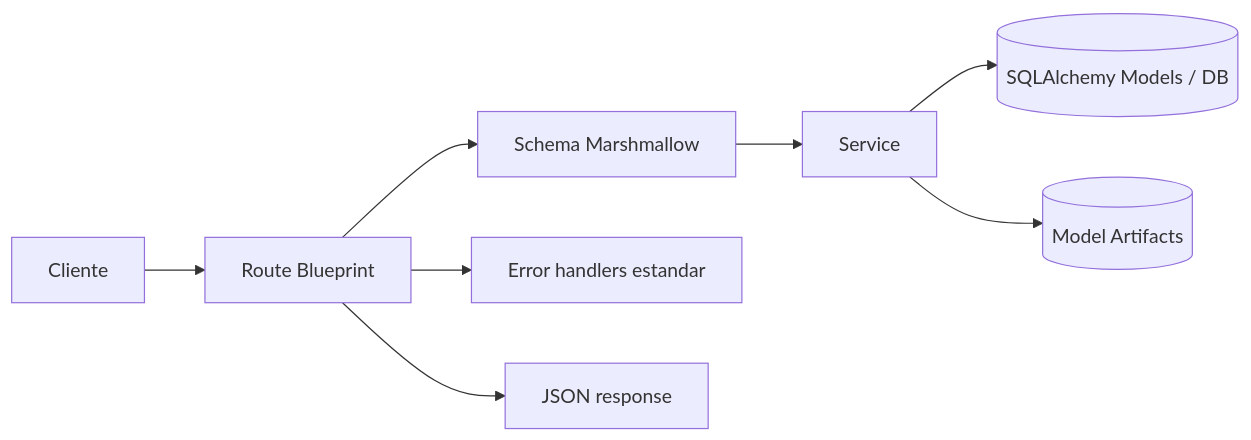
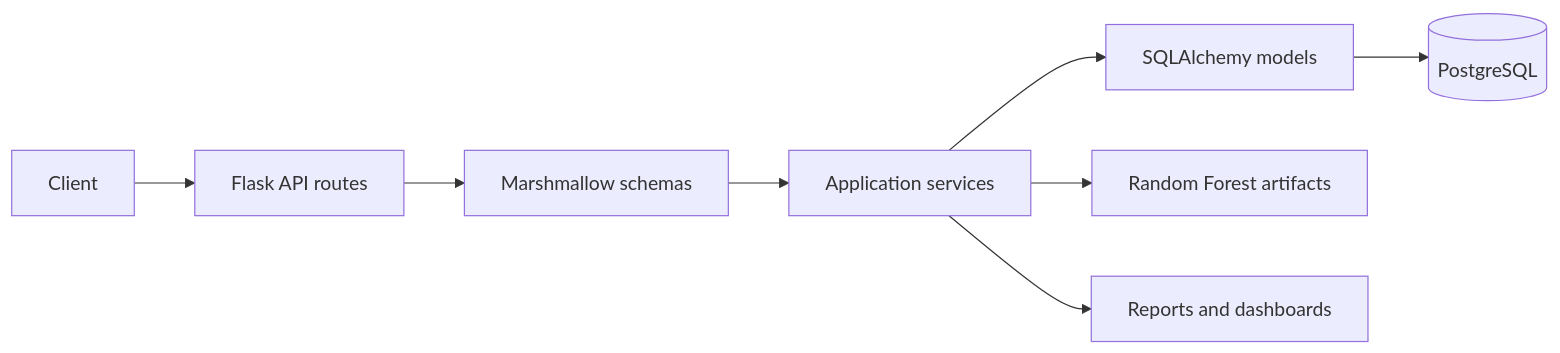
One commit to EndDark16/CognIA changed the diagram in README.md. Above: the diagram before and after it, drawn with Mermaid. The commit also changed other lines of this file and 1 other file, not shown here.

````diff
--- a/README.md
+++ b/README.md
@@ -134,10 +24,10 @@
 ```mermaid
 flowchart LR
-    C[Cliente] --> R[Route Blueprint]
-    R --> S[Schema Marshmallow]
-    S --> V[Service]
-    V --> M[(SQLAlchemy Models / DB)]
-    V --> A[(Model Artifacts)]
-    R --> E[Error handlers estandar]
-    R --> O[JSON response]
+    Client --> Routes[Flask API routes]
+    Routes --> Schemas[Marshmallow schemas]
+    Schemas --> Services[Application services]
+    Services --> Models[SQLAlchemy models]
+    Models --> DB[(PostgreSQL)]
+    Services --> ML[Random Forest artifacts]
+    Services --> Reports[Reports and dashboards]
 ```
````
